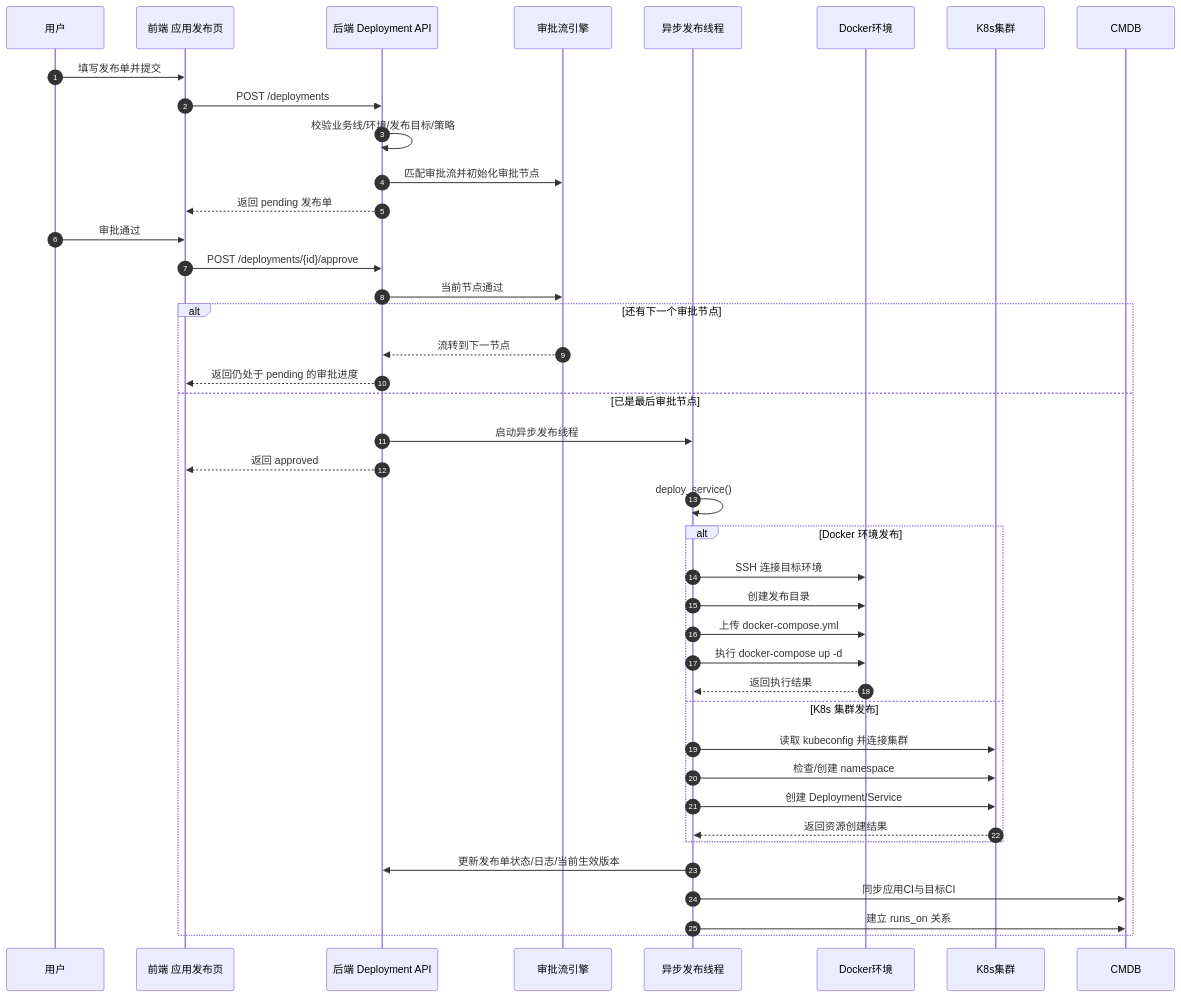
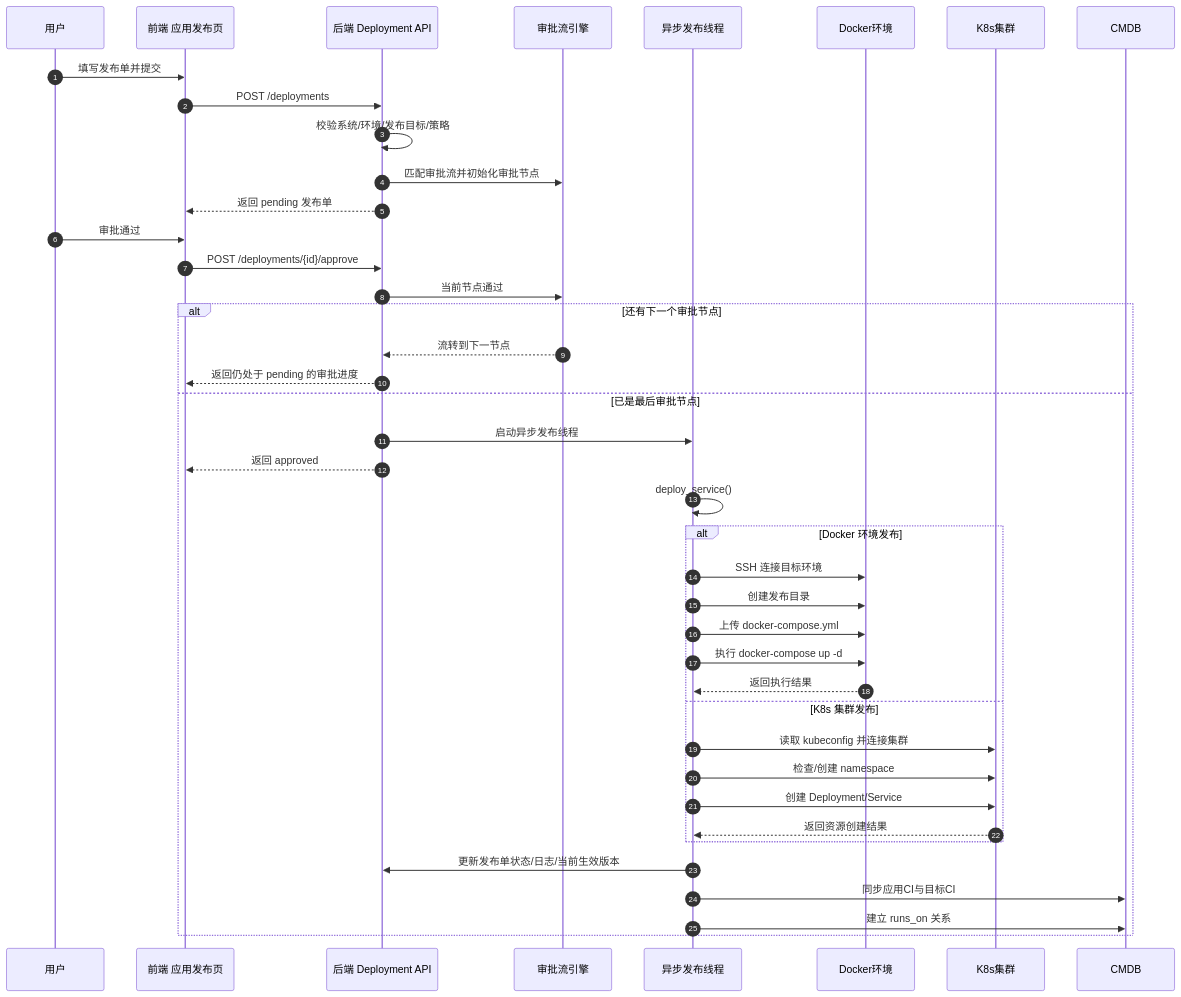
The first of 3 diagrams in docs/应用发布执行逻辑与时序图.md (pingod/sxdevops), drawn with Mermaid before and after one commit. The commit also changed other lines of this file and 48 other files, not shown here.

Commit message:
feat(aiops): optimize assistant knowledge graph workflows

````diff
--- a/docs/应用发布执行逻辑与时序图.md
+++ b/docs/应用发布执行逻辑与时序图.md
@@ -293,49 +293,49 @@
 ```mermaid
 sequenceDiagram
     autonumber
     participant U as 用户
     participant FE as 前端 应用发布页
     participant API as 后端 Deployment API
     participant FLOW as 审批流引擎
     participant TH as 异步发布线程
     participant DOCKER as Docker环境
     participant K8S as K8s集群
     participant CMDB as CMDB
 
     U->>FE: 填写发布单并提交
     FE->>API: POST /deployments
-    API->>API: 校验业务线/环境/发布目标/策略
+    API->>API: 校验系统/环境/发布目标/策略
     API->>FLOW: 匹配审批流并初始化审批节点
     API-->>FE: 返回 pending 发布单
 
     U->>FE: 审批通过
     FE->>API: POST /deployments/{id}/approve
     API->>FLOW: 当前节点通过
 
     alt 还有下一个审批节点
         FLOW-->>API: 流转到下一节点
         API-->>FE: 返回仍处于 pending 的审批进度
     else 已是最后审批节点
         API->>TH: 启动异步发布线程
         API-->>FE: 返回 approved
 
         TH->>TH: deploy_service()
 
         alt Docker 环境发布
             TH->>DOCKER: SSH 连接目标环境
             TH->>DOCKER: 创建发布目录
             TH->>DOCKER: 上传 docker-compose.yml
             TH->>DOCKER: 执行 docker-compose up -d
             DOCKER-->>TH: 返回执行结果
         else K8s 集群发布
             TH->>K8S: 读取 kubeconfig 并连接集群
             TH->>K8S: 检查/创建 namespace
             TH->>K8S: 创建 Deployment/Service
             K8S-->>TH: 返回资源创建结果
         end
 
         TH->>API: 更新发布单状态/日志/当前生效版本
         TH->>CMDB: 同步应用CI与目标CI
         TH->>CMDB: 建立 runs_on 关系
     end
 ```
````
